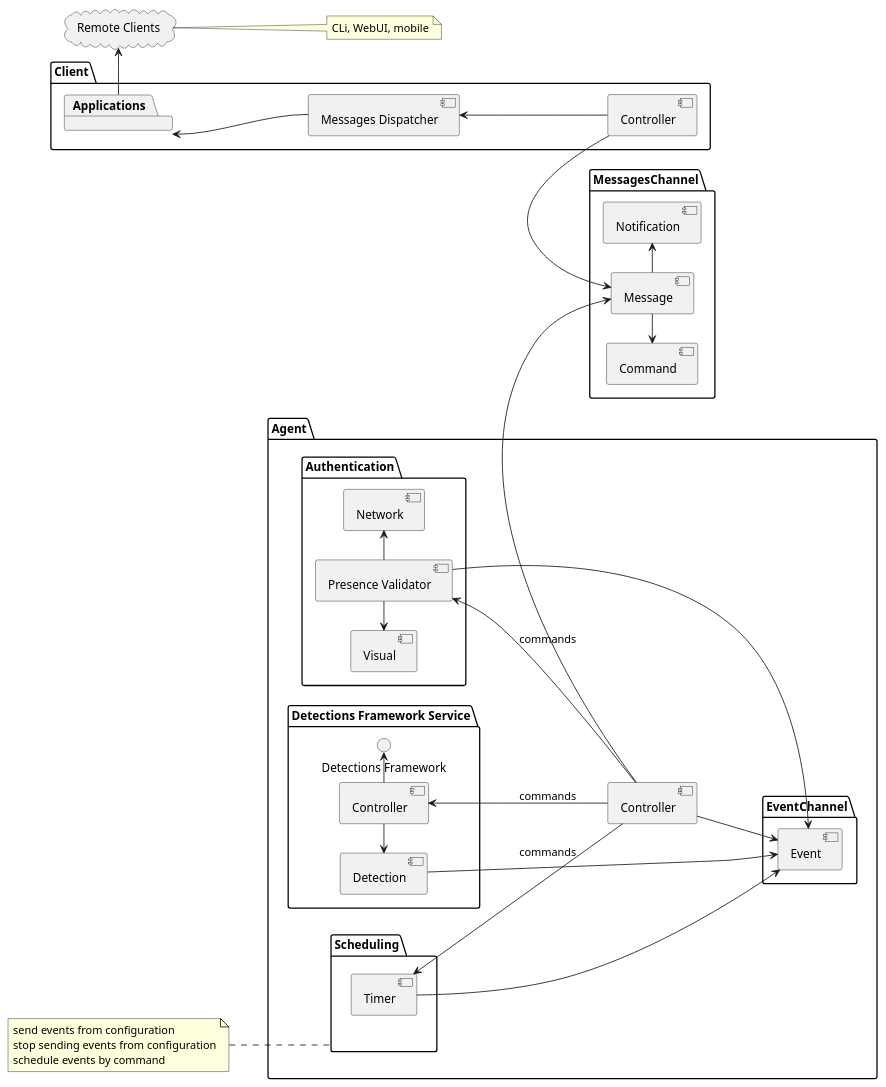
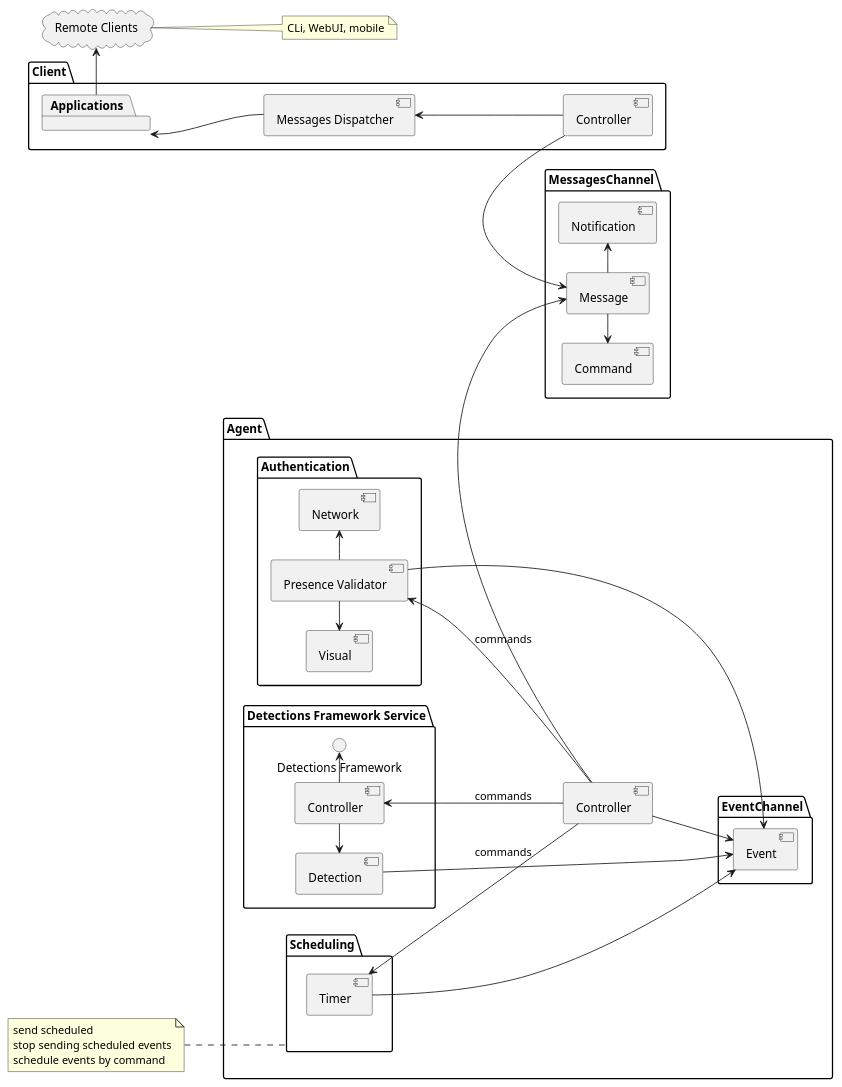
Before and after one commit to saratoga8/motion_notifier: the diagram in docs/components.puml, drawn with PlantUML. The commit also changed 3 other files, not shown here.

```diff
--- a/docs/components.puml
+++ b/docs/components.puml
@@ -1,70 +1,70 @@
 @startuml
 'https://plantuml.com/component-diagram
 
 left to right direction
 
 package "Agent" {
     [Controller] as Agent_Controller
     package "Authentication" {
       [Presence Validator]
       [Network]
       [Visual]
     }
 
     package "Detections Framework Service" {
       () "Detections Framework" as DF
       [Controller] -> DF
       [Detection] <- [Controller]
     }
 
 
     package EventChannel {
       Agent_Controller --> [Event]
       [Presence Validator] -> [Event]
       [Detection] -> [Event]
     }
 
     package "Scheduling" {
       [Timer] -> [Event]
     }
 }
 
 package "Client" {
     [Controller] as Client_Controller
     [Messages Dispatcher] <-- Client_Controller
 
     package [Applications] {
     }
 }
 
 package MessagesChannel {
     [Command] <- [Message]
     [Message]
     [Message] -> [Notification]
 }
 
 
 cloud "Remote Clients" {
 }
 
 [Applications] <-- [Messages Dispatcher]
 [Applications] -> "Remote Clients"
 Client_Controller -> [Message]
 Agent_Controller -> [Message]
 
 [Controller] <-- Agent_Controller : commands
 [Presence Validator] <-- Agent_Controller : commands
 [Timer] <-- Agent_Controller : commands
 
 [Presence Validator] -> [Network]
 [Visual] <- [Presence Validator]
 
 note right of "Remote Clients": CLi, WebUI, mobile
     note left of "Scheduling"
-      send events from configuration
-      stop sending events from configuration
+      send scheduled
+      stop sending scheduled events
       schedule events by command
 end note
 
 
 @enduml
```
